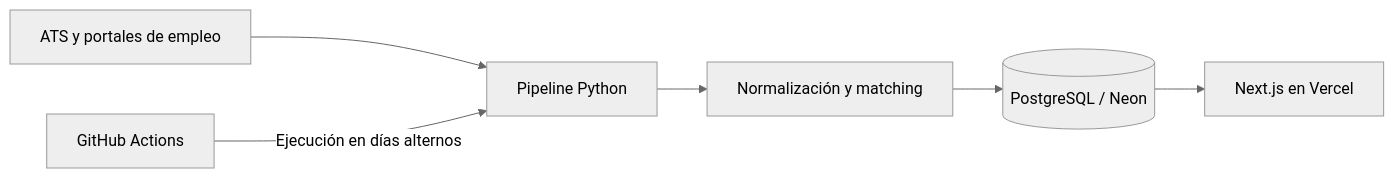
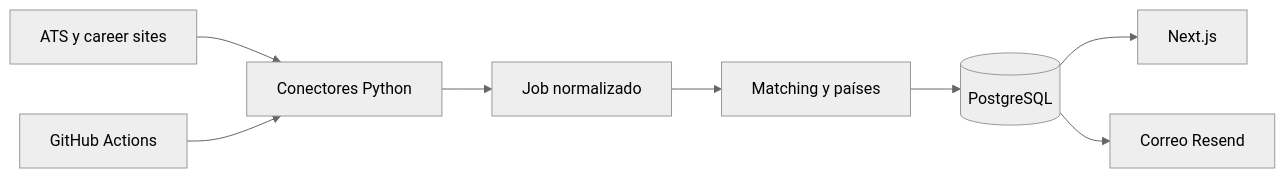
Before and after one commit to jorgearcenic7/job-radar: the diagram in README.md, drawn with Mermaid (neutral theme). The commit also changed other lines of this file and 11 other files, not shown here.

Commit message:
docs: align project documentation with current architecture

````diff
--- a/README.md
+++ b/README.md
@@ -51,8 +40,10 @@
 ```mermaid
 flowchart LR
-    A[ATS y portales de empleo] --> B[Pipeline Python]
-    B --> C[Normalización y matching]
-    C --> D[(PostgreSQL / Neon)]
-    D --> E[Next.js en Vercel]
-    F[GitHub Actions] -->|Ejecución en días alternos| B
+    A[ATS y career sites] --> B[Conectores Python]
+    B --> C[Job normalizado]
+    C --> D[Matching y países]
+    D --> E[(PostgreSQL)]
+    E --> F[Next.js]
+    E --> G[Correo Resend]
+    H[GitHub Actions] --> B
 ```
````
